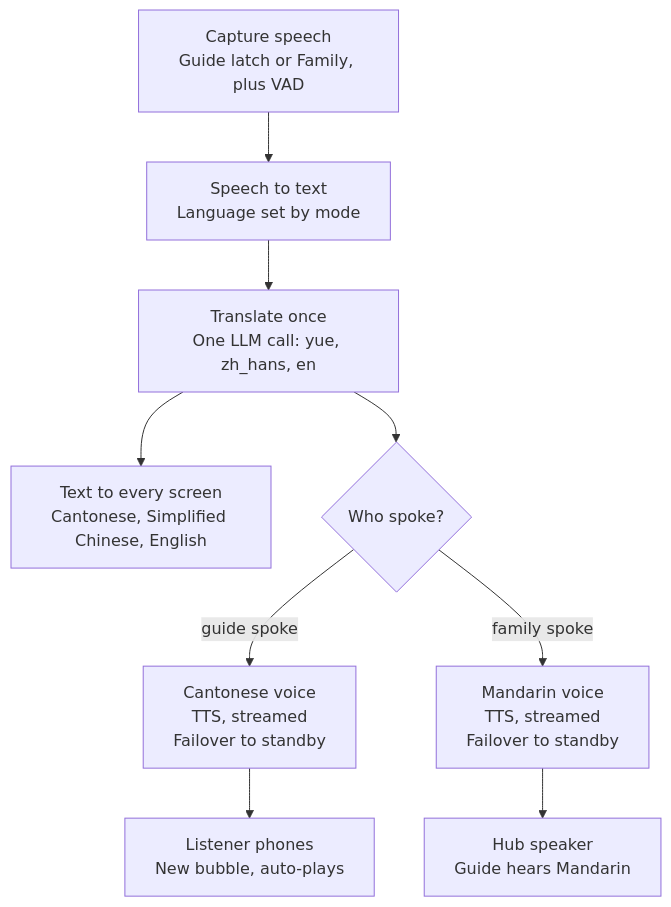
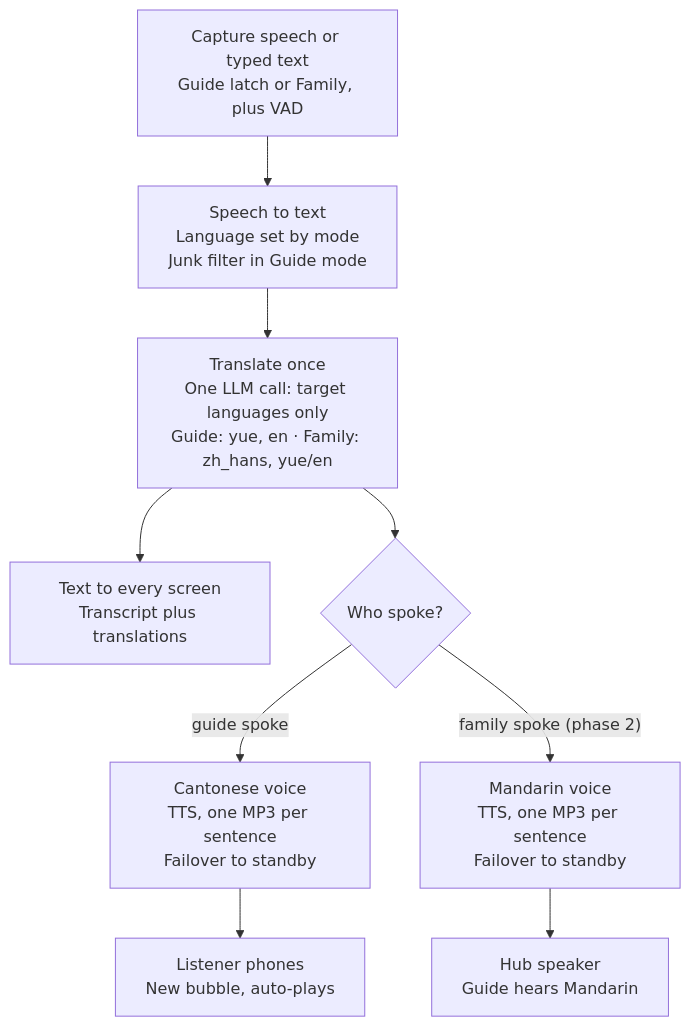
The second of 4 diagrams in docs/architecture.md (khoonseng/FamilyTranslator), drawn with Mermaid before and after one commit. The commit also changed other lines of this file and 5 other files, not shown here.

Commit message:
Refactor Chongqing Family Translator documentation: - Deleted outdated PDF and Markdown files. - Added new DOCX file for technical architecture and design. - Updated existing PDF with revised content.

````diff
--- a/docs/architecture.md
+++ b/docs/architecture.md
@@ -118,11 +145,11 @@
 ```mermaid
 flowchart TD
-  CAP["Capture speech<br/>Guide latch or Family, plus VAD"] --> STT["Speech to text<br/>Language set by mode"]
-  STT --> TR["Translate once<br/>One LLM call: yue, zh_hans, en"]
-  TR --> TXT["Text to every screen<br/>Cantonese, Simplified Chinese, English"]
+  CAP["Capture speech or typed text<br/>Guide latch or Family, plus VAD"] --> STT["Speech to text<br/>Language set by mode<br/>Junk filter in Guide mode"]
+  STT --> TR["Translate once<br/>One LLM call: target languages only<br/>Guide: yue, en · Family: zh_hans, yue/en"]
+  TR --> TXT["Text to every screen<br/>Transcript plus translations"]
   TR --> WHO{"Who spoke?"}
-  WHO -- guide spoke --> YUE["Cantonese voice<br/>TTS, streamed<br/>Failover to standby"]
-  WHO -- family spoke --> CMN["Mandarin voice<br/>TTS, streamed<br/>Failover to standby"]
+  WHO -- guide spoke --> YUE["Cantonese voice<br/>TTS, one MP3 per sentence<br/>Failover to standby"]
+  WHO -- "family spoke (phase 2)" --> CMN["Mandarin voice<br/>TTS, one MP3 per sentence<br/>Failover to standby"]
   YUE --> LP["Listener phones<br/>New bubble, auto-plays"]
   CMN --> HS["Hub speaker<br/>Guide hears Mandarin"]
 ```
````
